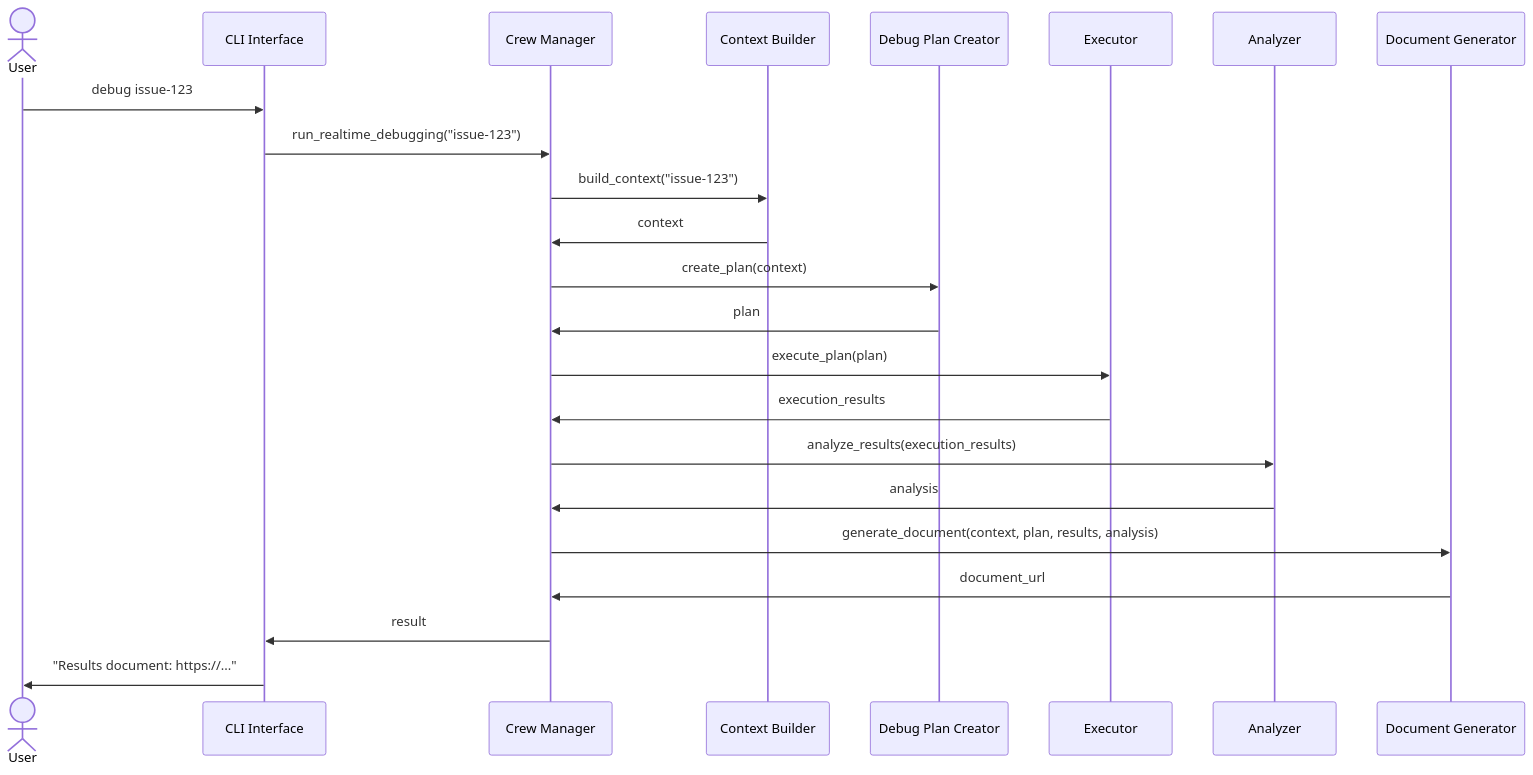
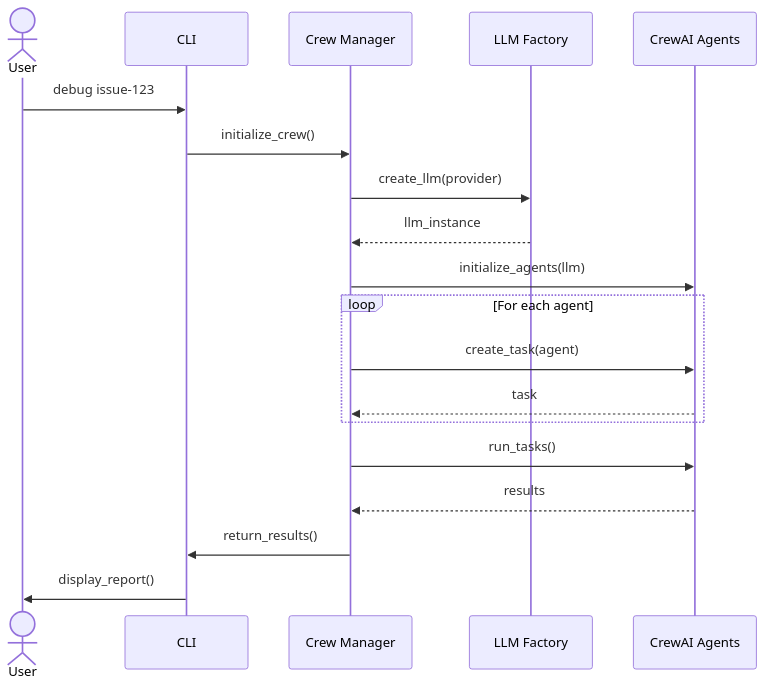
Before and after one commit to tiwari-gajendra/debugging-agent: the second of 2 diagrams in docs/architecture.md, drawn with Mermaid. The commit also changed other lines of this file and 30 other files, not shown here.

Commit message:
Refactor: Remove redundant files and update project structure - Remove cli.py and debugging_agents.egg-info - Update logging configuration - Add new integrations and manager modules - Update documentation and requirements

````diff
--- a/docs/architecture.md
+++ b/docs/architecture.md
@@ -119,32 +115,26 @@
 ```mermaid
 sequenceDiagram
     actor User
-    participant CLI as CLI Interface
+    participant CLI
     participant CM as Crew Manager
-    participant CB as Context Builder
-    participant DPC as Debug Plan Creator
-    participant EX as Executor
-    participant AZ as Analyzer
-    participant DG as Document Generator
+    participant LF as LLM Factory
+    participant Agents as CrewAI Agents
     
     User->>CLI: debug issue-123
-    CLI->>CM: run_realtime_debugging("issue-123")
+    CLI->>CM: initialize_crew()
+    CM->>LF: create_llm(provider)
+    LF-->>CM: llm_instance
     
-    CM->>CB: build_context("issue-123")
-    CB->>CM: context
+    CM->>Agents: initialize_agents(llm)
     
-    CM->>DPC: create_plan(context)
-    DPC->>CM: plan
+    loop For each agent
+        CM->>Agents: create_task(agent)
+        Agents-->>CM: task
+    end
     
-    CM->>EX: execute_plan(plan)
-    EX->>CM: execution_results
+    CM->>Agents: run_tasks()
+    Agents-->>CM: results
     
-    CM->>AZ: analyze_results(execution_results)
-    AZ->>CM: analysis
-    
-    CM->>DG: generate_document(context, plan, results, analysis)
-    DG->>CM: document_url
-    
-    CM->>CLI: result
-    CLI->>User: "Results document: https://..."
+    CM->>CLI: return_results()
+    CLI->>User: display_report()
 ```
````
